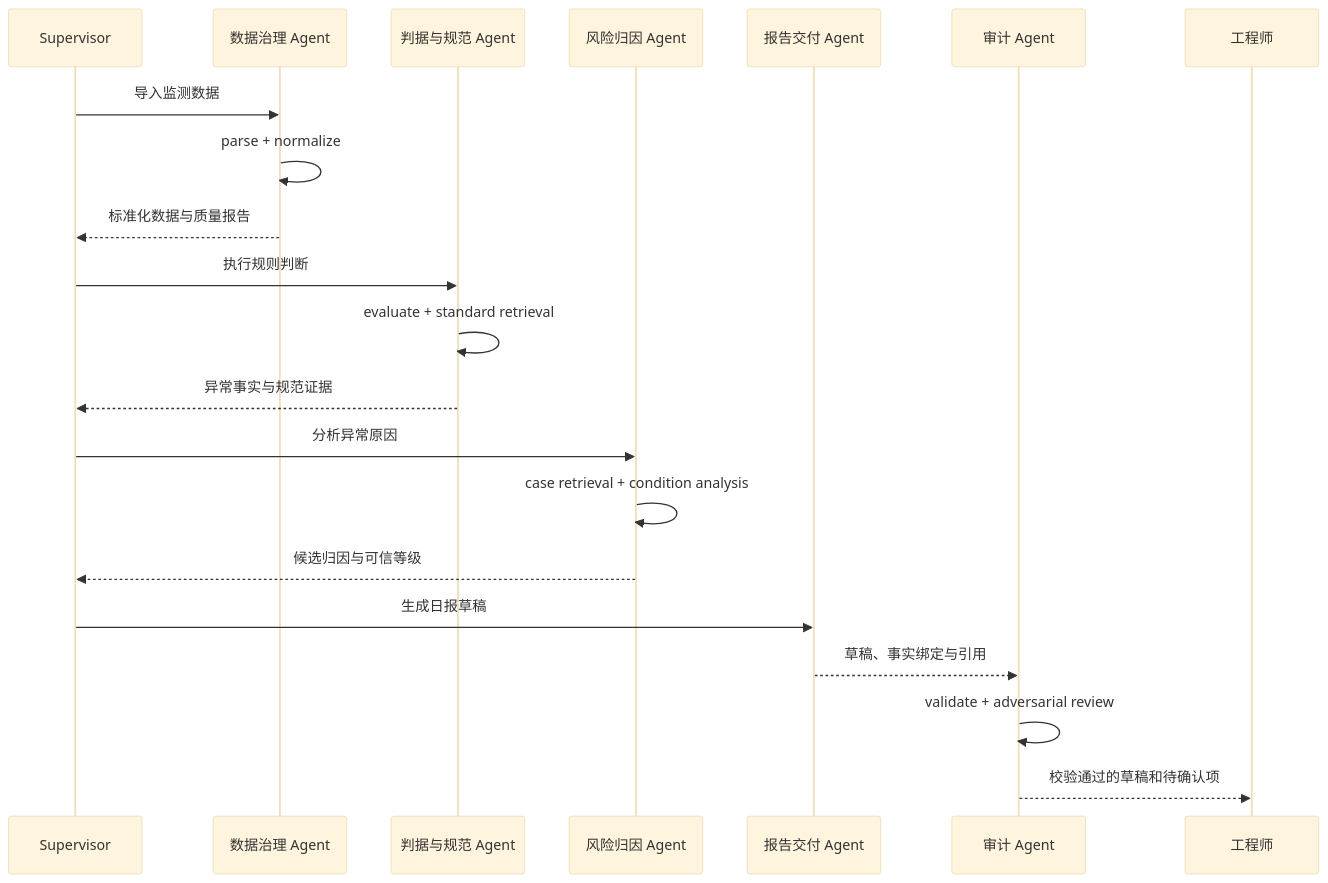
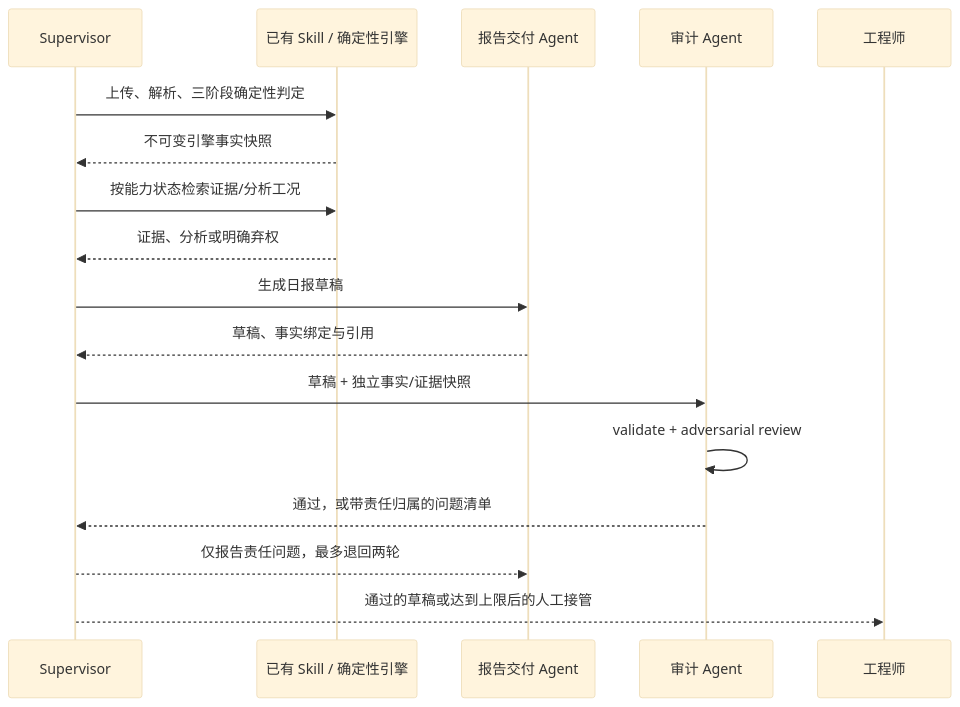
One commit to abreeezol/ExcavaGuard changed the second of 2 diagrams in 方案与迭代note/框架demo.md. Above: the diagram before and after it, drawn with Mermaid (base theme). The commit also changed other lines of this file and 6 other files, not shown here.

````diff
--- a/方案与迭代note/框架demo.md
+++ b/方案与迭代note/框架demo.md
@@ -167,24 +165,20 @@
 ```mermaid
 sequenceDiagram
     participant S as Supervisor
-    participant D as 数据治理 Agent
-    participant J as 判据与规范 Agent
-    participant C as 风险归因 Agent
+    participant K as 已有 Skill / 确定性引擎
     participant R as 报告交付 Agent
     participant Q as 审计 Agent
     participant H as 工程师
 
-    S->>D: 导入监测数据
-    D->>D: parse + normalize
-    D-->>S: 标准化数据与质量报告
-    S->>J: 执行规则判断
-    J->>J: evaluate + standard retrieval
-    J-->>S: 异常事实与规范证据
-    S->>C: 分析异常原因
-    C->>C: case retrieval + condition analysis
-    C-->>S: 候选归因与可信等级
+    S->>K: 上传、解析、三阶段确定性判定
+    K-->>S: 不可变引擎事实快照
+    S->>K: 按能力状态检索证据/分析工况
+    K-->>S: 证据、分析或明确弃权
     S->>R: 生成日报草稿
-    R-->>Q: 草稿、事实绑定与引用
+    R-->>S: 草稿、事实绑定与引用
+    S->>Q: 草稿 + 独立事实/证据快照
     Q->>Q: validate + adversarial review
-    Q-->>H: 校验通过的草稿和待确认项
+    Q-->>S: 通过，或带责任归属的问题清单
+    S-->>R: 仅报告责任问题，最多退回两轮
+    S-->>H: 通过的草稿或达到上限后的人工接管
 ```
````
